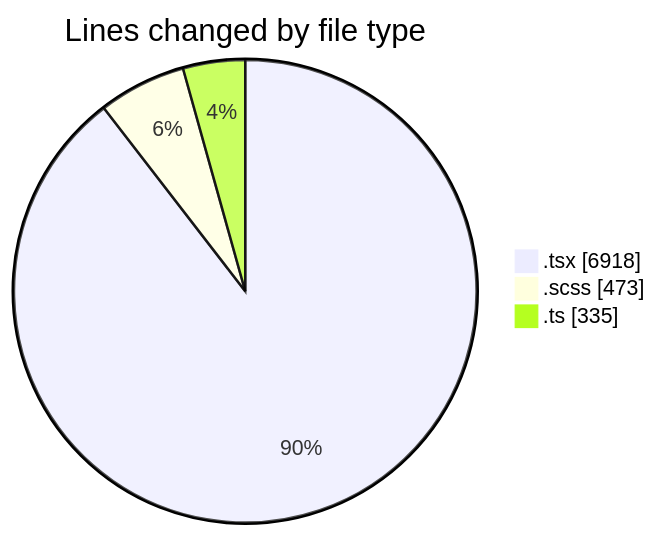
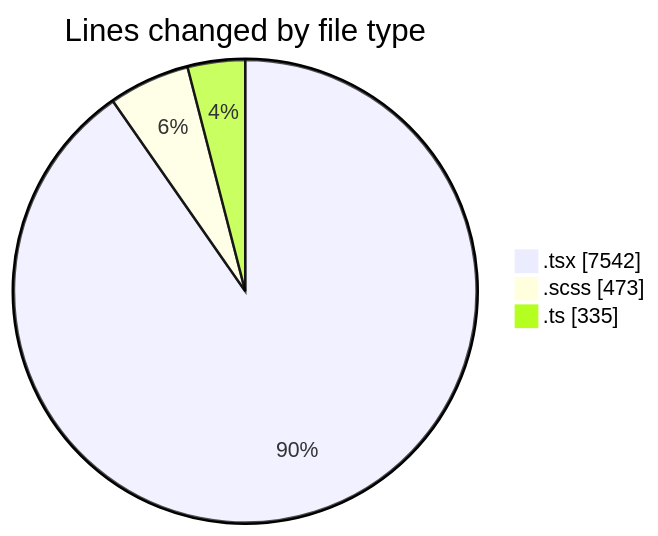
The first of 2 diagrams in 2025-07-03/cda/README.md (momahboobian/code-tracking), drawn with Mermaid before and after one commit. The commit also changed other lines of this file and 1 other file, not shown here.

````diff
--- a/2025-07-03/cda/README.md
+++ b/2025-07-03/cda/README.md
@@ -44,7 +45,7 @@
 ```mermaid
 pie showData
 title Lines changed by file type
-".tsx" : 6918
+".tsx" : 7542
 ".scss" : 473
 ".ts" : 335
 ```
````
